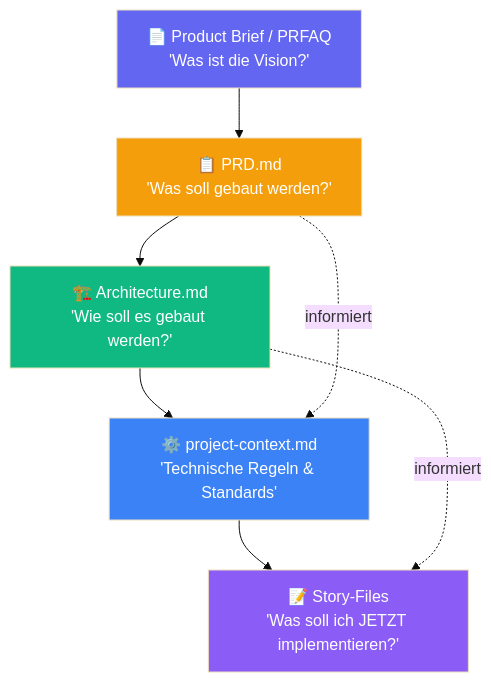
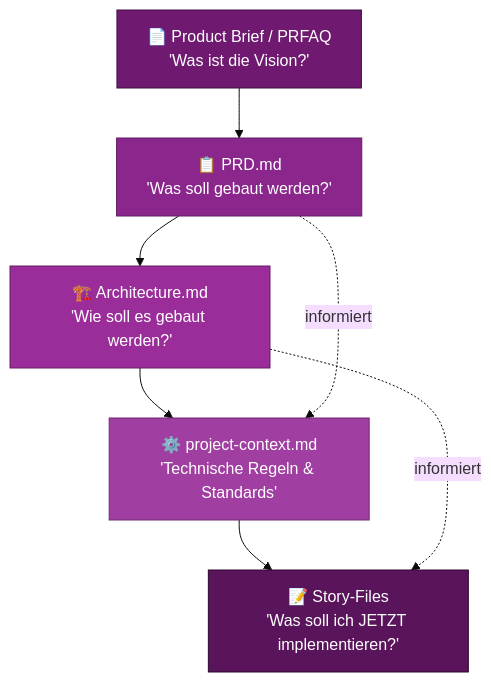
The diagram in special-slides/bmad-anforderungen-tests/context-engineering.md (harrybin/presentations), drawn with Mermaid (base theme) before and after one commit. The commit also changed 7 other files, not shown here.

Commit message:
feat: add mermaid setup configuration with custom themes and styles

````diff
--- a/special-slides/bmad-anforderungen-tests/context-engineering.md
+++ b/special-slides/bmad-anforderungen-tests/context-engineering.md
@@ -66,22 +66,22 @@
 ```mermaid {scale: 0.5}
 graph TD
     BRIEF["📄 Product Brief / PRFAQ\n'Was ist die Vision?'"]
     PRD["📋 PRD.md\n'Was soll gebaut werden?'"]
     ARCH["🏗️ Architecture.md\n'Wie soll es gebaut werden?'"]
     CTX["⚙️ project-context.md\n'Technische Regeln & Standards'"]
     STORY["📝 Story-Files\n'Was soll ich JETZT implementieren?'"]
 
     BRIEF --> PRD
     PRD --> ARCH
     ARCH --> CTX
     CTX --> STORY
 
     PRD -.->|"informiert"| CTX
     ARCH -.->|"informiert"| STORY
 
-    style BRIEF fill:#6366f1,color:#fff
-    style PRD fill:#f59e0b,color:#fff
-    style ARCH fill:#10b981,color:#fff
-    style CTX fill:#3b82f6,color:#fff
-    style STORY fill:#8b5cf6,color:#fff
+    style BRIEF fill:#6f1a70,stroke:#3d0f3d,color:#ffffff
+    style PRD fill:#8a268c,stroke:#5f1f62,color:#ffffff
+    style ARCH fill:#9b2d9b,stroke:#631a63,color:#ffffff
+    style CTX fill:#a13ea2,stroke:#6f2b70,color:#ffffff
+    style STORY fill:#5a145b,stroke:#2e082f,color:#ffffff
 ```
````
